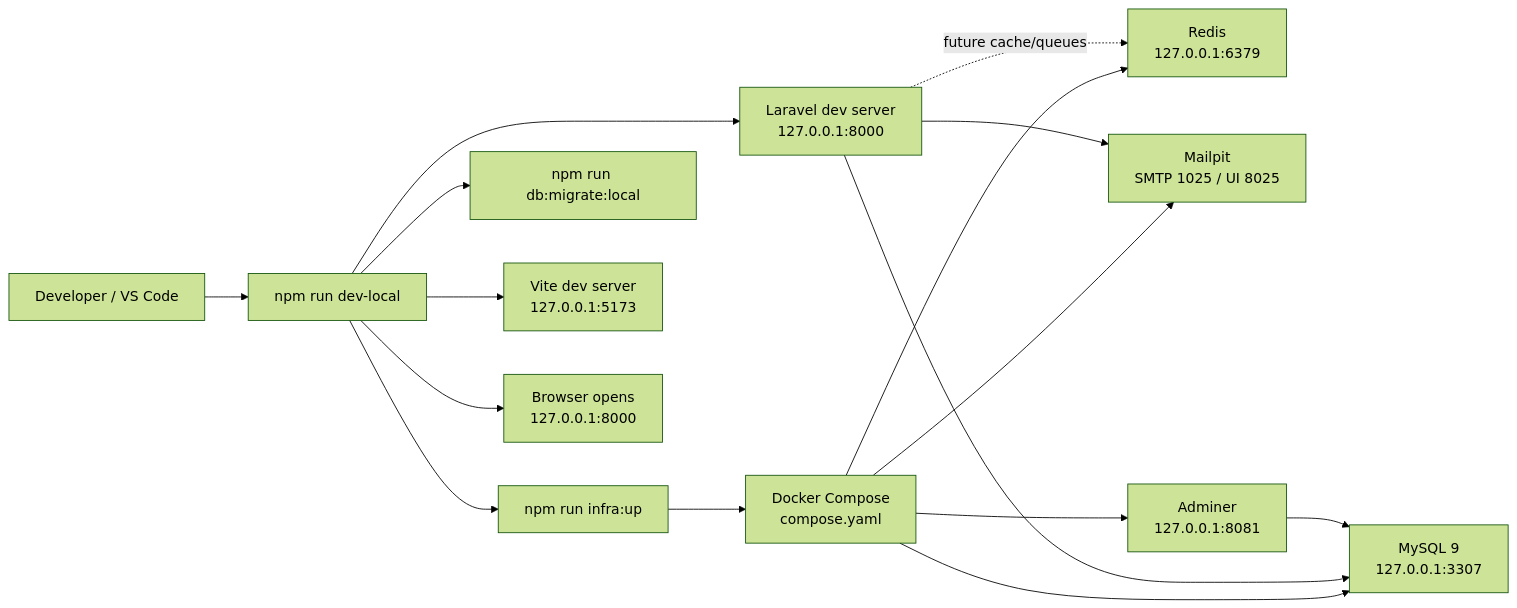
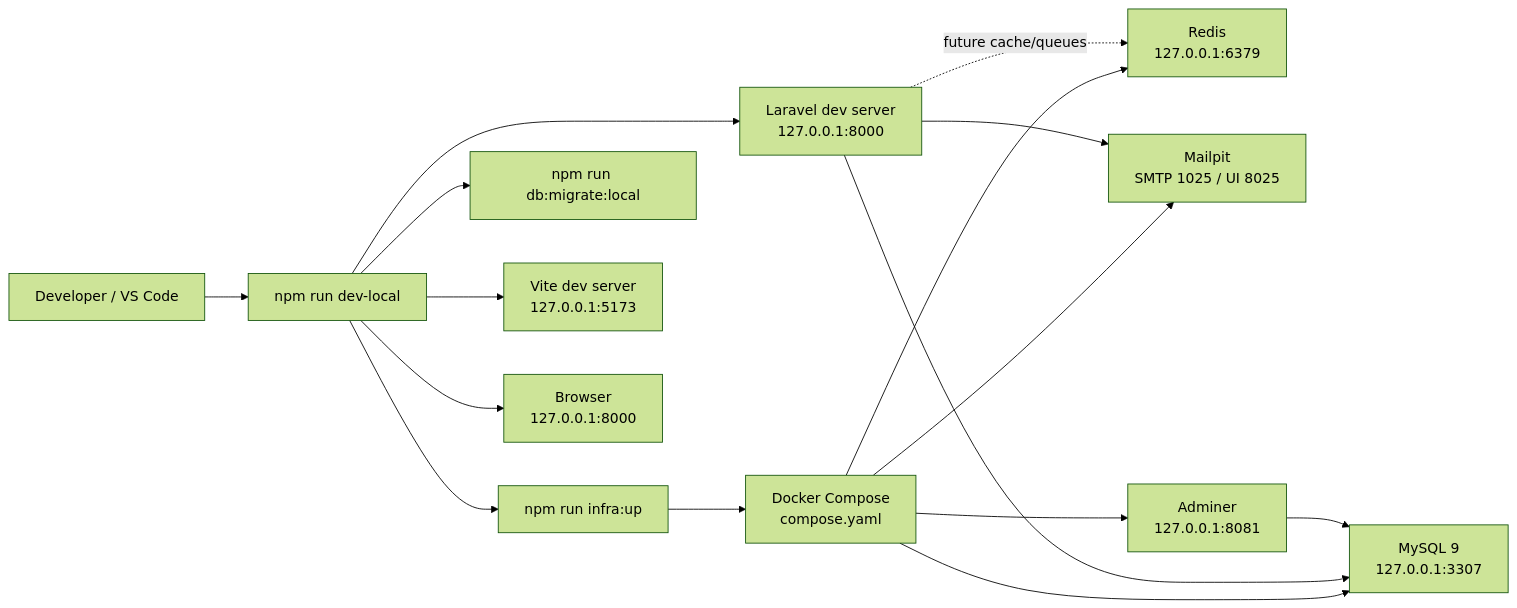
Before and after one commit to sergehall/cs85-php-programming: the diagram in README.md, drawn with Mermaid (forest theme). The commit also changed other lines of this file, not shown here.

First line of the commit message:
docs(readme): document Laravel coursework architecture

````diff
--- a/README.md
+++ b/README.md
@@ -79,20 +204,20 @@
 ```mermaid
 flowchart LR
     Developer["Developer / VS Code"] --> Script["npm run dev-local"]
     Script --> Infra["npm run infra:up"]
     Script --> Migrate["npm run db:migrate:local"]
     Script --> Laravel["Laravel dev server\n127.0.0.1:8000"]
     Script --> Vite["Vite dev server\n127.0.0.1:5173"]
-    Script --> Browser["Browser opens\n127.0.0.1:8000"]
+    Script --> Browser["Browser\n127.0.0.1:8000"]
 
     Infra --> Compose["Docker Compose\ncompose.yaml"]
     Compose --> MySQL["MySQL 9\n127.0.0.1:3307"]
     Compose --> Redis["Redis\n127.0.0.1:6379"]
     Compose --> Mailpit["Mailpit\nSMTP 1025 / UI 8025"]
     Compose --> Adminer["Adminer\n127.0.0.1:8081"]
 
     Laravel --> MySQL
     Laravel --> Mailpit
     Laravel -. "future cache/queues" .-> Redis
     Adminer --> MySQL
 ```
````
